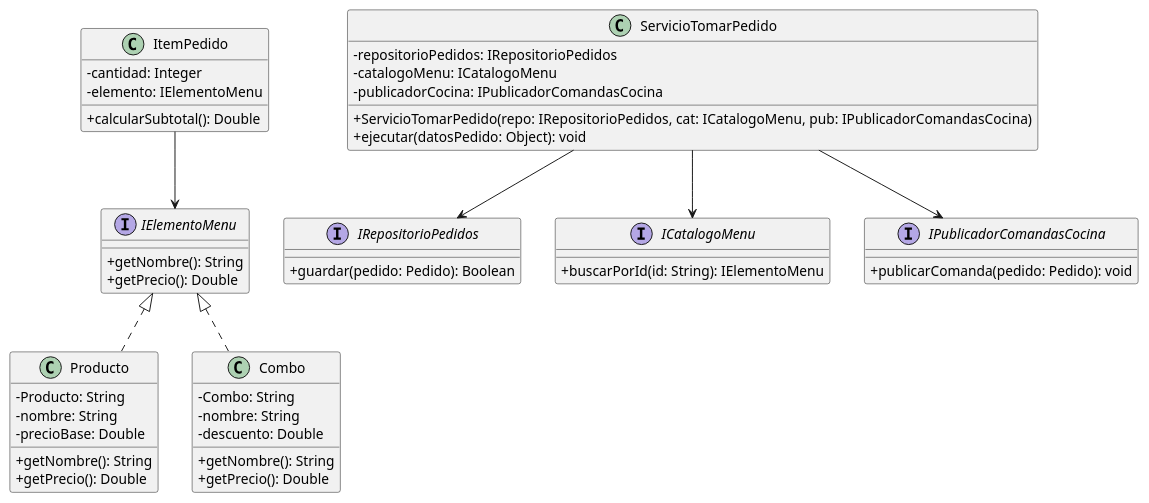
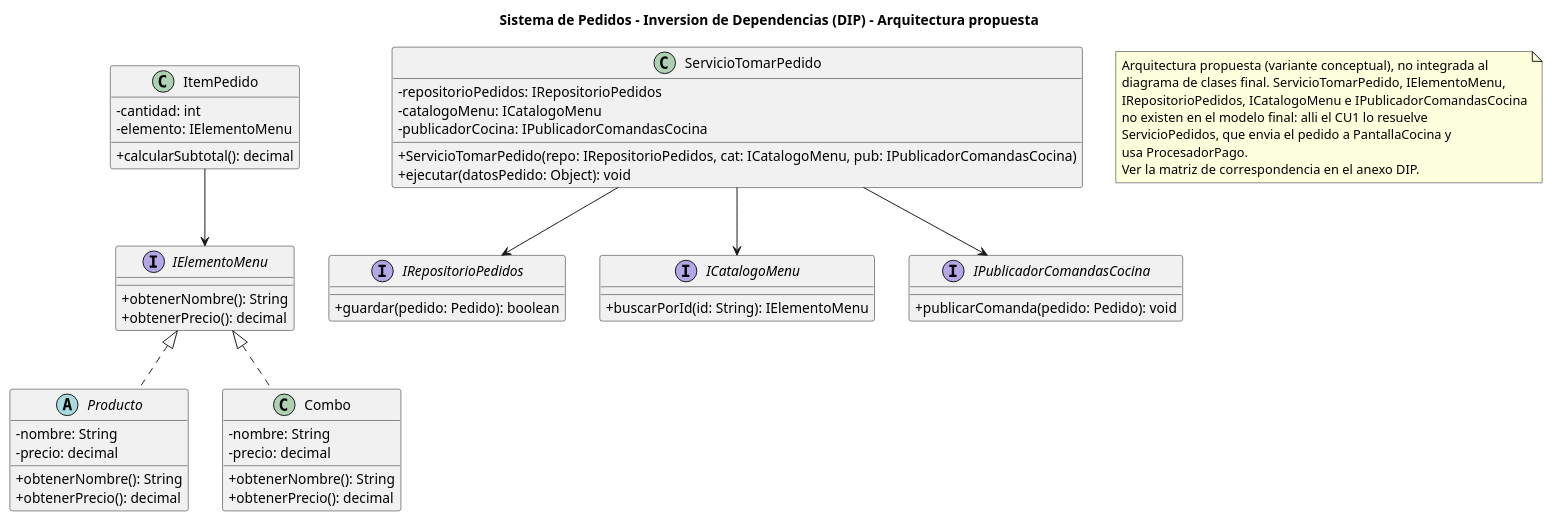
Before and after one commit to eloeyhe/SistemaPedidos: the diagram in diagramas/01-diagrama-clases/01-solid-05-dip.puml, drawn with PlantUML. The commit also changed 15 other files, not shown here.

Commit message:
fix: alineo los principios SOLID con el diagrama de clases final y documento sus variantes (RC17, RC18, RC19, RC20)

```diff
--- a/diagramas/01-diagrama-clases/01-solid-05-dip.puml
+++ b/diagramas/01-diagrama-clases/01-solid-05-dip.puml
@@ -1,63 +1,73 @@
 @startuml 01-solid-05-dip
+title Sistema de Pedidos - Inversion de Dependencias (DIP) - Arquitectura propuesta
 skinparam classAttributeIconSize 0
 
 ' Dominio y Abstracción del Catálogo
 interface IElementoMenu {
-    + getNombre(): String
-    + getPrecio(): Double
+    + obtenerNombre(): String
+    + obtenerPrecio(): decimal
 }
 
-class Producto implements IElementoMenu {
-    - Producto: String
+abstract class Producto implements IElementoMenu {
     - nombre: String
-    - precioBase: Double
-    + getNombre(): String
-    + getPrecio(): Double
+    - precio: decimal
+    + obtenerNombre(): String
+    + obtenerPrecio(): decimal
 }
 
 class Combo implements IElementoMenu {
-    - Combo: String
     - nombre: String
-    - descuento: Double
-    + getNombre(): String
-    + getPrecio(): Double
+    - precio: decimal
+    + obtenerNombre(): String
+    + obtenerPrecio(): decimal
 }
 
 class ItemPedido {
-    - cantidad: Integer
+    - cantidad: int
     - elemento: IElementoMenu
-    + calcularSubtotal(): Double
+    + calcularSubtotal(): decimal
 
 }
 
 ItemPedido --> IElementoMenu
 
 ' Puertos de Infraestructura (Interfaces)
 
 interface IRepositorioPedidos {
-    + guardar(pedido: Pedido): Boolean
+    + guardar(pedido: Pedido): boolean
 }
 
 interface ICatalogoMenu {
     + buscarPorId(id: String): IElementoMenu
 }
 
 interface IPublicadorComandasCocina {
     + publicarComanda(pedido: Pedido): void
 }
 
 ' Servicio de Aplicación e Inyección de Dependencias
 
 class ServicioTomarPedido {
     - repositorioPedidos: IRepositorioPedidos
     - catalogoMenu: ICatalogoMenu
     - publicadorCocina: IPublicadorComandasCocina
     + ServicioTomarPedido(repo: IRepositorioPedidos, cat: ICatalogoMenu, pub: IPublicadorComandasCocina)
     + ejecutar(datosPedido: Object): void
 }
 
 ServicioTomarPedido --> IRepositorioPedidos
 ServicioTomarPedido --> ICatalogoMenu
 ServicioTomarPedido --> IPublicadorComandasCocina
 
+
+note as Alcance
+  Arquitectura propuesta (variante conceptual), no integrada al
+  diagrama de clases final. ServicioTomarPedido, IElementoMenu,
+  IRepositorioPedidos, ICatalogoMenu e IPublicadorComandasCocina
+  no existen en el modelo final: alli el CU1 lo resuelve
+  ServicioPedidos, que envia el pedido a PantallaCocina y
+  usa ProcesadorPago.
+  Ver la matriz de correspondencia en el anexo DIP.
+end note
+
 @enduml
```
